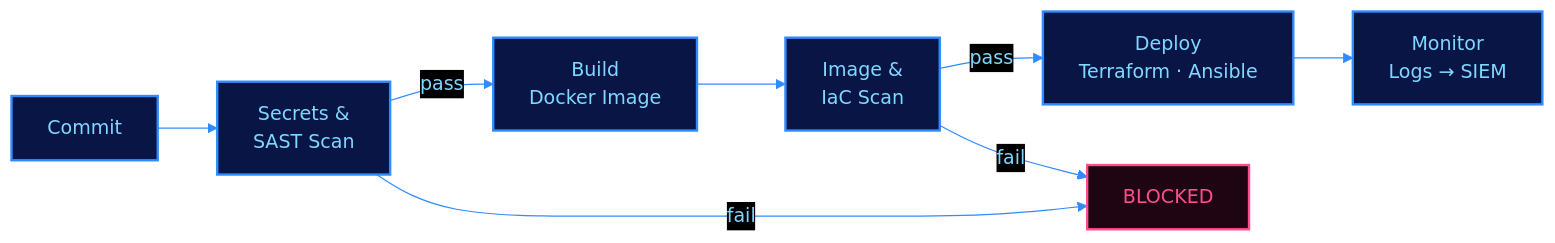
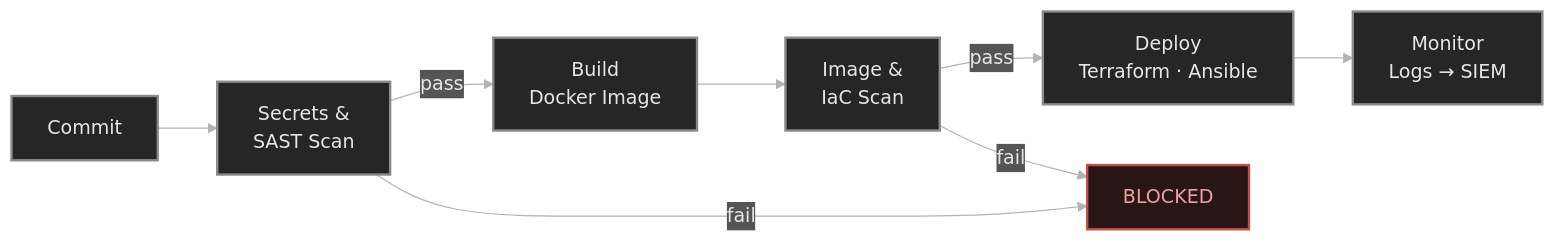
Before and after one commit to karabo17-x/karabo17-x: the third of 5 diagrams in README.md, drawn with Mermaid. The commit also changed other lines of this file, not shown here.

````diff
--- a/README.md
+++ b/README.md
@@ -102,17 +102,17 @@
 ```mermaid
-%%{init: {'theme':'base','themeVariables':{'background':'#000000','primaryColor':'#081545','primaryTextColor':'#7fd8ff','primaryBorderColor':'#2f8bff','lineColor':'#2f8bff','secondaryColor':'#000000','tertiaryColor':'#000000','fontFamily':'Courier New, monospace'}}}%%
+%%{init: {'theme':'base','themeVariables':{'background':'#0d1117','primaryColor':'#262626','primaryTextColor':'#e6e6e6','primaryBorderColor':'#8a8a8a','lineColor':'#b3b3b3','secondaryColor':'#262626','tertiaryColor':'#161616','edgeLabelBackground':'#555555','fontFamily':'Courier New, monospace'}}}%%
 flowchart LR
     C["Commit"] --> S["Secrets &<br/>SAST Scan"]
     S -->|pass| B["Build<br/>Docker Image"]
     B --> I["Image &<br/>IaC Scan"]
     I -->|pass| D["Deploy<br/>Terraform · Ansible"]
     D --> M["Monitor<br/>Logs → SIEM"]
 
     S -->|fail| X["BLOCKED"]
     I -->|fail| X
 
-    classDef ok fill:#081545,stroke:#2f8bff,stroke-width:2px,color:#7fd8ff;
-    classDef bad fill:#1f0511,stroke:#ff4d8d,stroke-width:2px,color:#ff4d8d;
+    classDef ok fill:#262626,stroke:#8a8a8a,stroke-width:2px,color:#e6e6e6;
+    classDef bad fill:#2a1515,stroke:#c0504d,stroke-width:2px,color:#e6a3a1;
     class C,S,B,I,D,M ok;
     class X bad;
 ```
````
